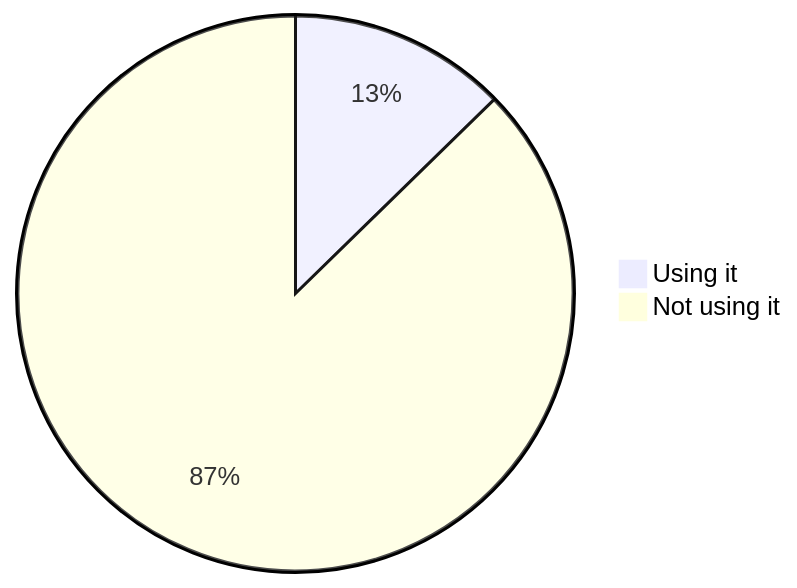
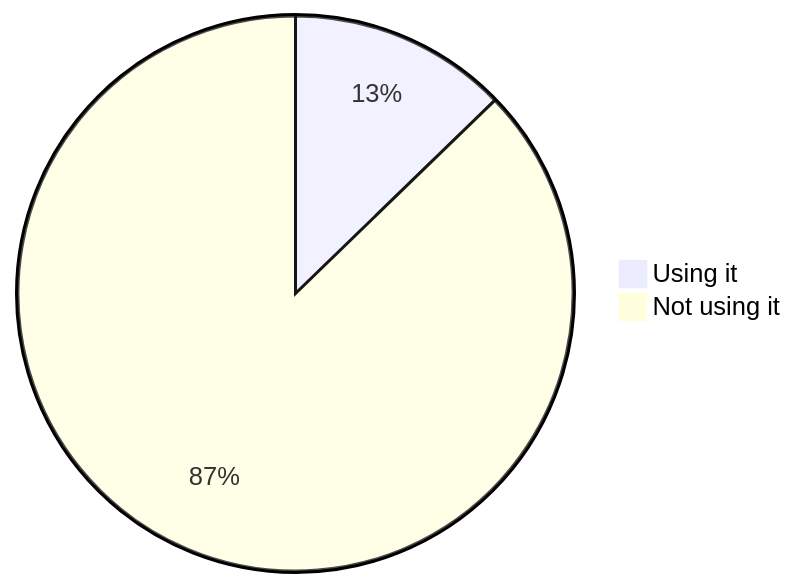
One commit to oshp/oshp-stats changed the fourth of 22 diagrams in stats.md. Above: the diagram before and after it, drawn with Mermaid. The commit also changed other lines of this file, not shown here.

````diff
--- a/stats.md
+++ b/stats.md
@@ -46,6 +46,6 @@
 ```mermaid
 pie
-	"Using it" : 12.69
-	"Not using it" : 87.31
+	"Using it" : 12.75
+	"Not using it" : 87.25
 
 ```
````
